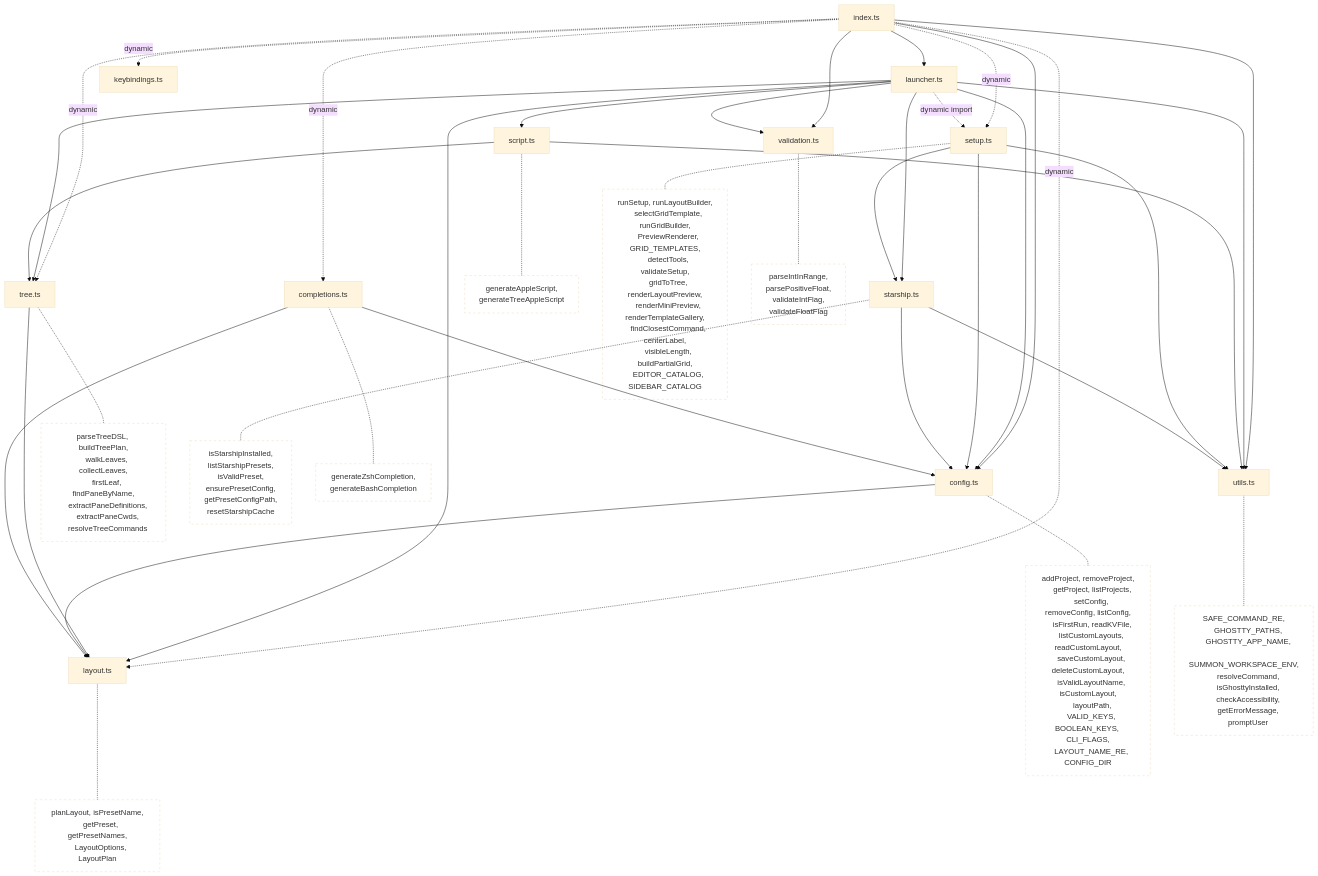
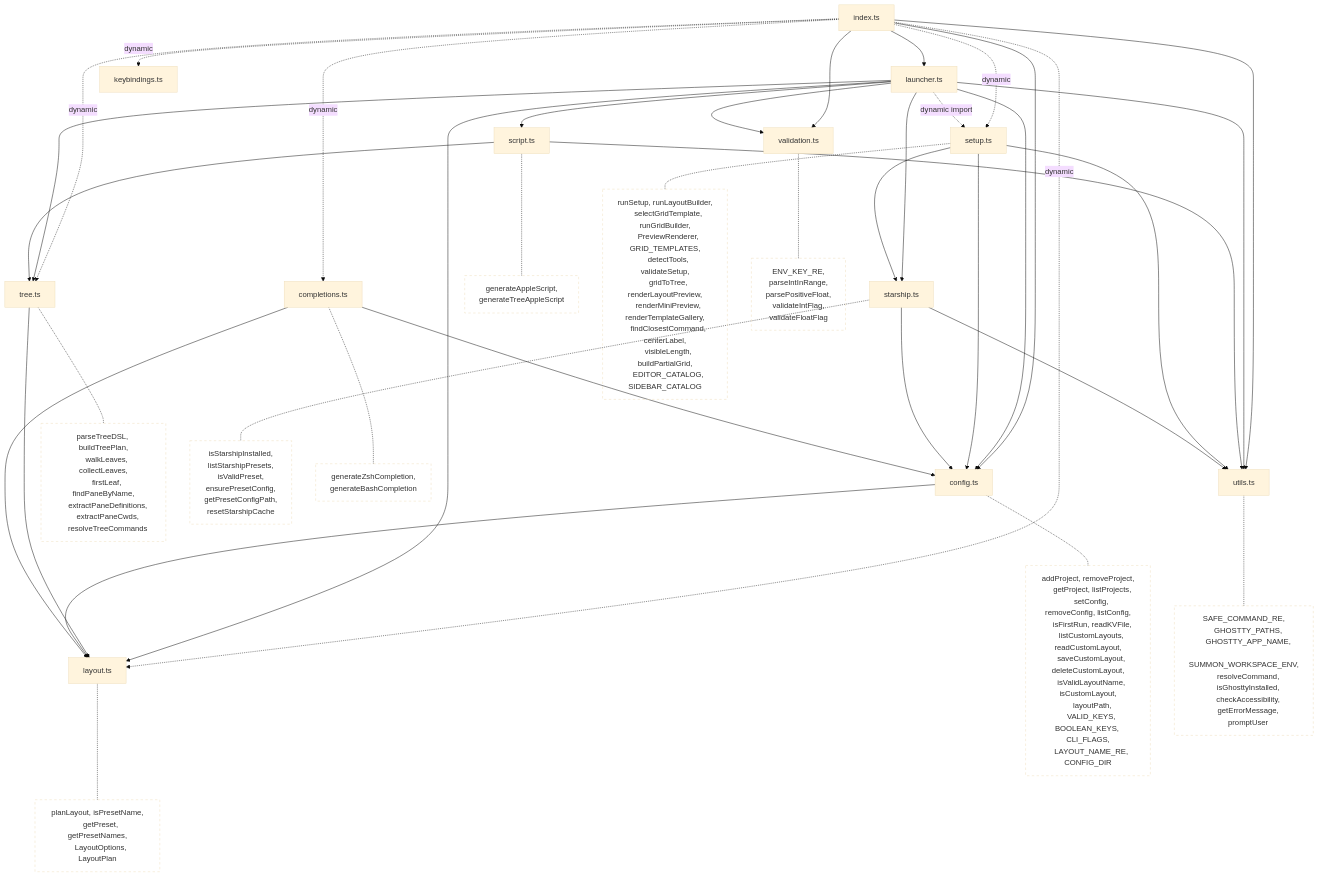
Before and after one commit to juan294/summon: the first of 4 diagrams in docs/architecture.md, drawn with Mermaid (base theme). The commit also changed other lines of this file and 5 other files, not shown here.

```diff
--- a/docs/architecture.md
+++ b/docs/architecture.md
@@ -101,7 +101,8 @@
     EDITOR_CATALOG, SIDEBAR_CATALOG"]
     completions -.- comp_fns["generateZshCompletion,
     generateBashCompletion"]
-    validation -.- val_fns["parseIntInRange,
+    validation -.- val_fns["ENV_KEY_RE,
+    parseIntInRange,
     parsePositiveFloat,
     validateIntFlag,
     validateFloatFlag"]
```
